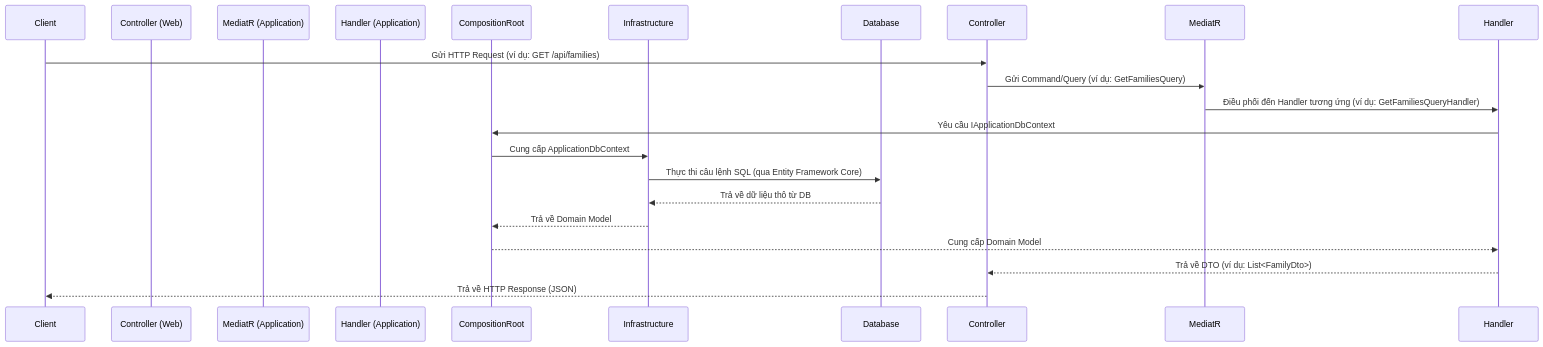
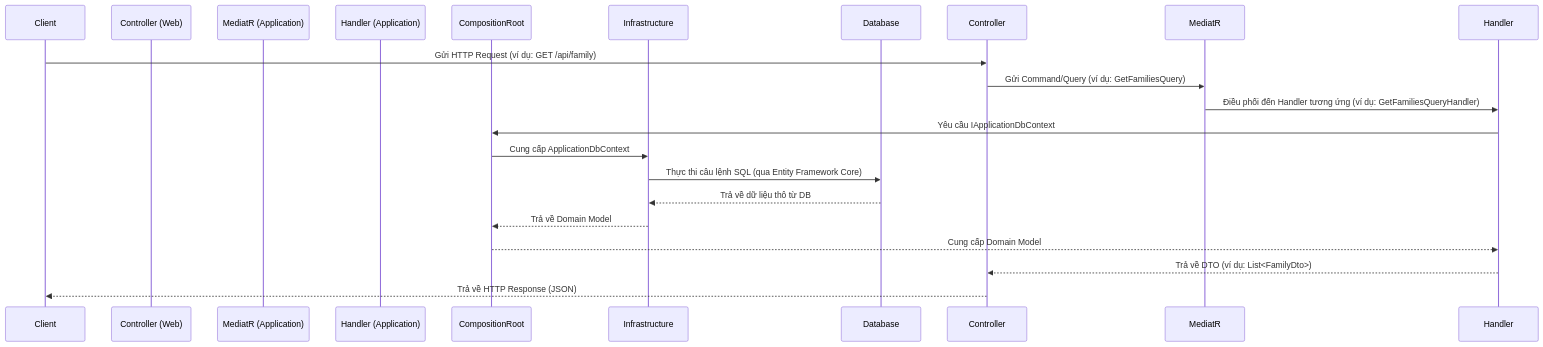
Before and after one commit to hkthao/family-tree-3: the diagram in docs/engineering/backend-guide.md, drawn with Mermaid. The commit also changed 15 other files, not shown here.

````diff
--- a/docs/engineering/backend-guide.md
+++ b/docs/engineering/backend-guide.md
@@ -85,22 +85,22 @@
 ```mermaid
 sequenceDiagram
     participant Client
     participant Controller (Web)
     participant MediatR (Application)
     participant Handler (Application)
     participant CompositionRoot
     participant Infrastructure
     participant Database
 
-    Client->>Controller: Gửi HTTP Request (ví dụ: GET /api/families)
+    Client->>Controller: Gửi HTTP Request (ví dụ: GET /api/family)
     Controller->>MediatR: Gửi Command/Query (ví dụ: GetFamiliesQuery)
     MediatR->>Handler: Điều phối đến Handler tương ứng (ví dụ: GetFamiliesQueryHandler)
     Handler->>CompositionRoot: Yêu cầu IApplicationDbContext
     CompositionRoot->>Infrastructure: Cung cấp ApplicationDbContext
     Infrastructure->>Database: Thực thi câu lệnh SQL (qua Entity Framework Core)
     Database-->>Infrastructure: Trả về dữ liệu thô từ DB
     Infrastructure-->>CompositionRoot: Trả về Domain Model
     CompositionRoot-->>Handler: Cung cấp Domain Model
     Handler-->>Controller: Trả về DTO (ví dụ: List<FamilyDto>)
     Controller-->>Client: Trả về HTTP Response (JSON)
 ```
````
